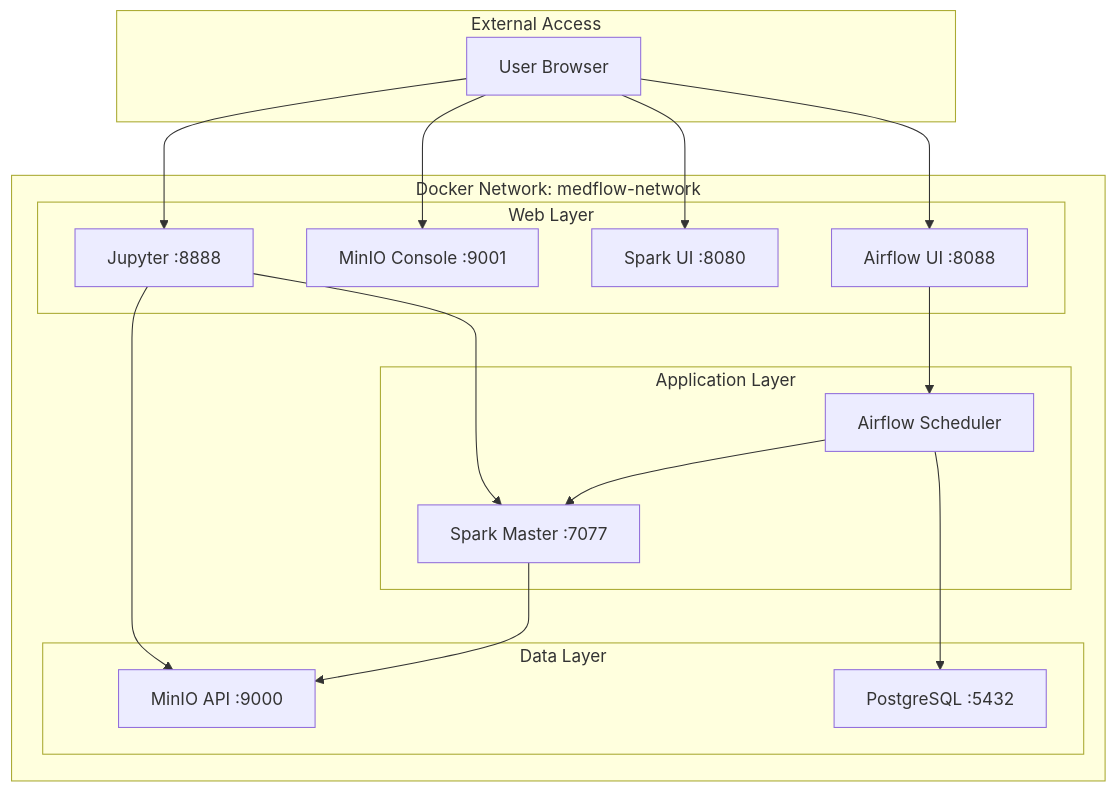
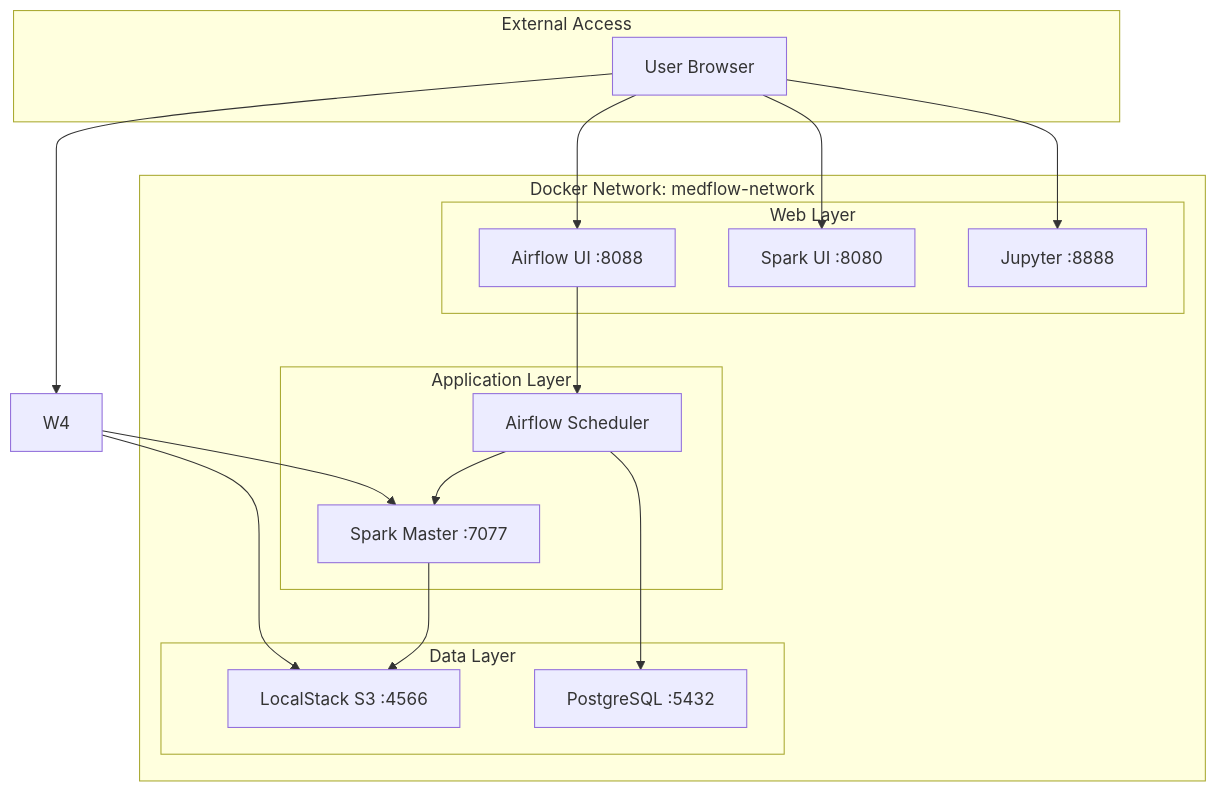
One commit to zmadni/medflow-analytics changed the fourth of 12 diagrams in ARCHITECTURE.md. Above: the diagram before and after it, drawn with Mermaid. The commit also changed other lines of this file and 1 other file, not shown here.

Commit message:
Migrate from MinIO to LocalStack for S3 storage

````diff
--- a/ARCHITECTURE.md
+++ b/ARCHITECTURE.md
@@ -204,37 +203,36 @@
 ```mermaid
 graph TB
     subgraph "External Access"
         EXT[User Browser]
     end
 
     subgraph "Docker Network: medflow-network"
         subgraph "Web Layer"
             W1[Airflow UI :8088]
-            W2[MinIO Console :9001]
-            W3[Spark UI :8080]
-            W4[Jupyter :8888]
+            W2[Spark UI :8080]
+            W3[Jupyter :8888]
         end
 
         subgraph "Application Layer"
             APP1[Airflow Scheduler]
             APP2[Spark Master :7077]
         end
 
         subgraph "Data Layer"
-            DATA1[MinIO API :9000]
+            DATA1[LocalStack S3 :4566]
             DATA2[PostgreSQL :5432]
         end
     end
 
     EXT --> W1
     EXT --> W2
     EXT --> W3
     EXT --> W4
 
     W1 --> APP1
     APP1 --> APP2
     APP2 --> DATA1
     APP1 --> DATA2
     W4 --> APP2
     W4 --> DATA1
 ```
````
